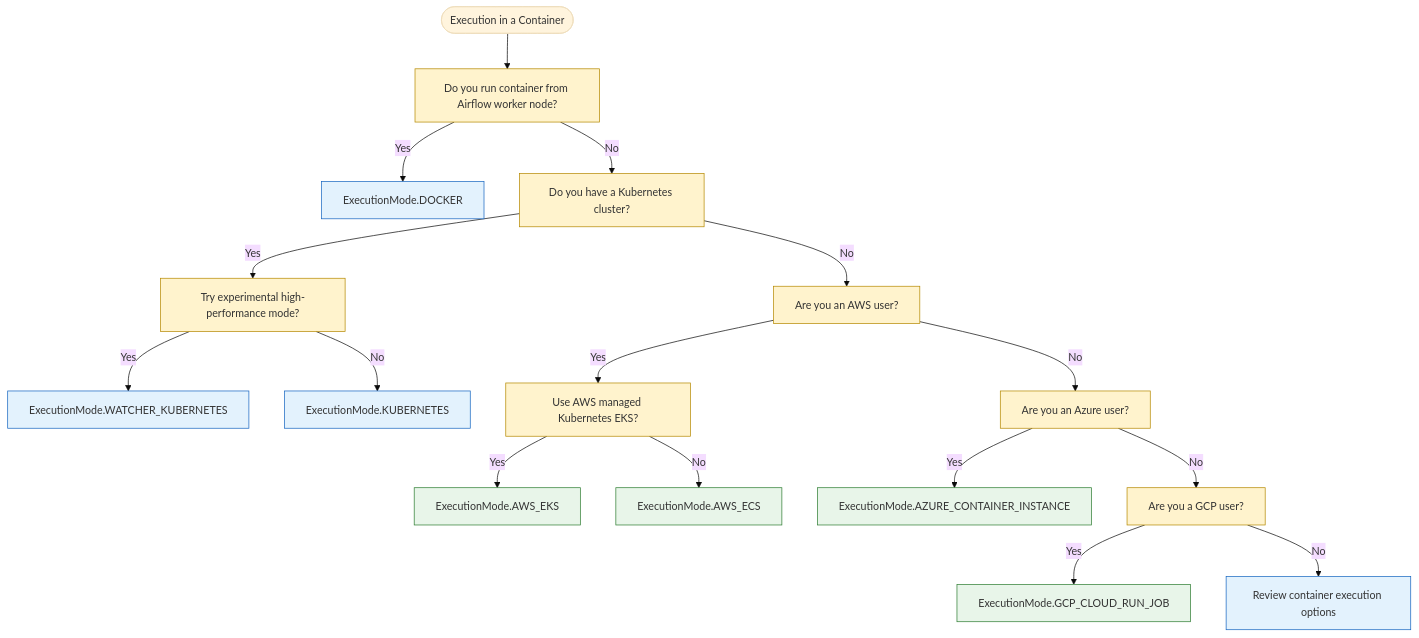
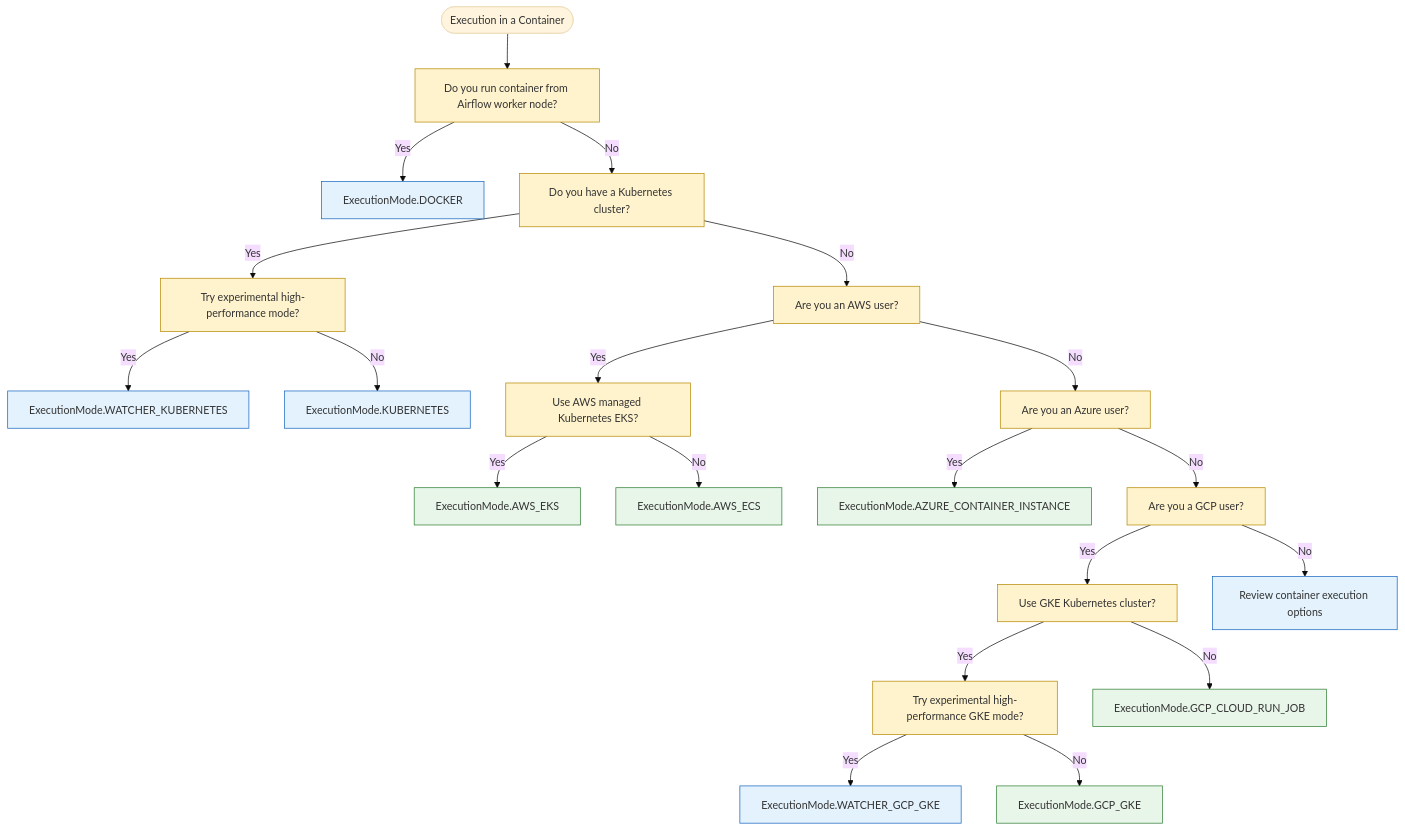
The third of 3 diagrams in docs/guides/run_dbt/execution-modes.rst (astronomer/astronomer-cosmos), drawn with Mermaid before and after one commit. The commit also changed other lines of this file and 16 other files, not shown here.

First line of the commit message:
feat: Add `GCP_GKE` and `WATCHER_GCP_GKE` execution modes (#2488)

```diff
--- a/docs/guides/run_dbt/execution-modes.rst
+++ b/docs/guides/run_dbt/execution-modes.rst
@@ -156,59 +156,69 @@
 .. mermaid::
 
   %%{init: {'theme':'base', 'themeVariables': { 'fontSize': '15px'}}}%%
   flowchart TD
 
     A([Execution in a Container])
 
     B[Do you run container from Airflow worker node?]
     C[ExecutionMode.DOCKER]
 
     D[Do you have a Kubernetes cluster?]
 
     E[Try experimental high-performance mode?]
     F[ExecutionMode.WATCHER_KUBERNETES]
 
     G[ExecutionMode.KUBERNETES]
 
     H[Are you an AWS user?]
     I[Use AWS managed Kubernetes EKS?]
     J[ExecutionMode.AWS_EKS]
     K[ExecutionMode.AWS_ECS]
 
     L[Are you an Azure user?]
     M[ExecutionMode.AZURE_CONTAINER_INSTANCE]
 
     N[Are you a GCP user?]
-    O[ExecutionMode.GCP_CLOUD_RUN_JOB]
+    O[Use GKE Kubernetes cluster?]
+    P[Try experimental high-performance GKE mode?]
+    Q[ExecutionMode.WATCHER_GCP_GKE]
+    R[ExecutionMode.GCP_GKE]
+    S[ExecutionMode.GCP_CLOUD_RUN_JOB]
 
-    P[Review container execution options]
+    T[Review container execution options]
 
     A --> B
     B -->|Yes| C
     B -->|No| D
 
     D -->|Yes| E
     D -->|No| H
 
     E -->|Yes| F
     E -->|No| G
 
     H -->|Yes| I
     H -->|No| L
 
     I -->|Yes| J
     I -->|No| K
 
     L -->|Yes| M
     L -->|No| N
 
     N -->|Yes| O
-    N -->|No| P
+    N -->|No| T
+
+    O -->|Yes| P
+    O -->|No| S
+
+    P -->|Yes| Q
+    P -->|No| R
 
     classDef decision fill:#fff3cd,stroke:#b58900,color:#333
     classDef action fill:#e8f5e9,stroke:#2e7d32,color:#333
     classDef result fill:#e3f2fd,stroke:#1565c0,color:#333
 
-    class B,D,E,H,I,L,N decision
-    class J,K,M,O action
-    class C,F,G,P result
+    class B,D,E,H,I,L,N,O,P decision
+    class J,K,M,R,S action
+    class C,F,G,Q,T result
```
